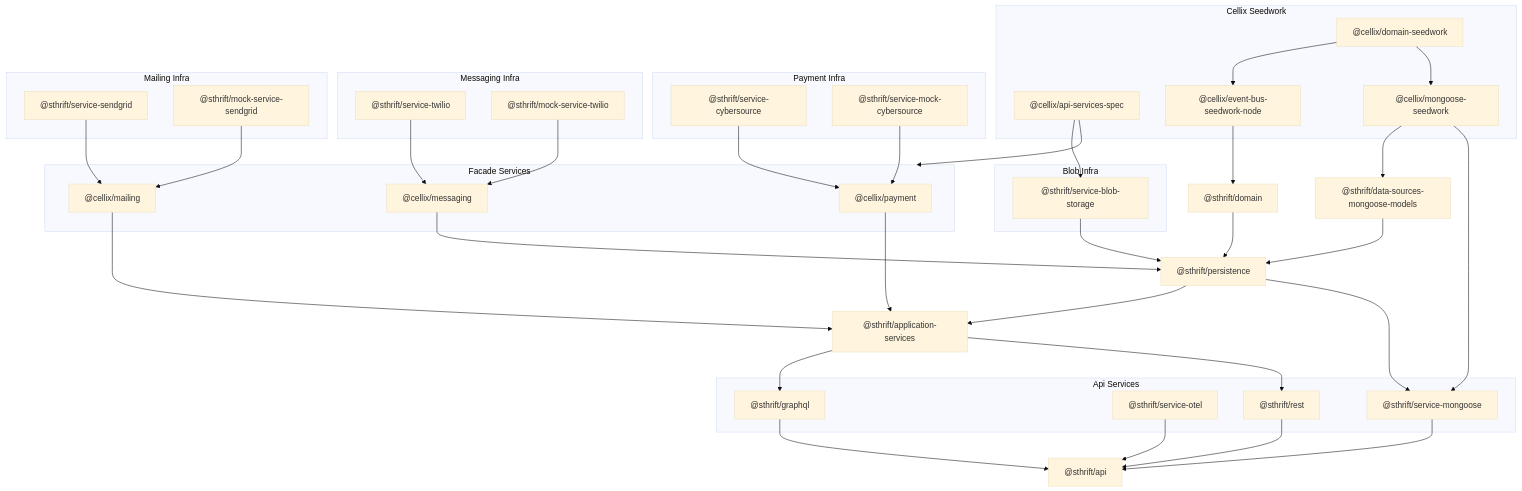
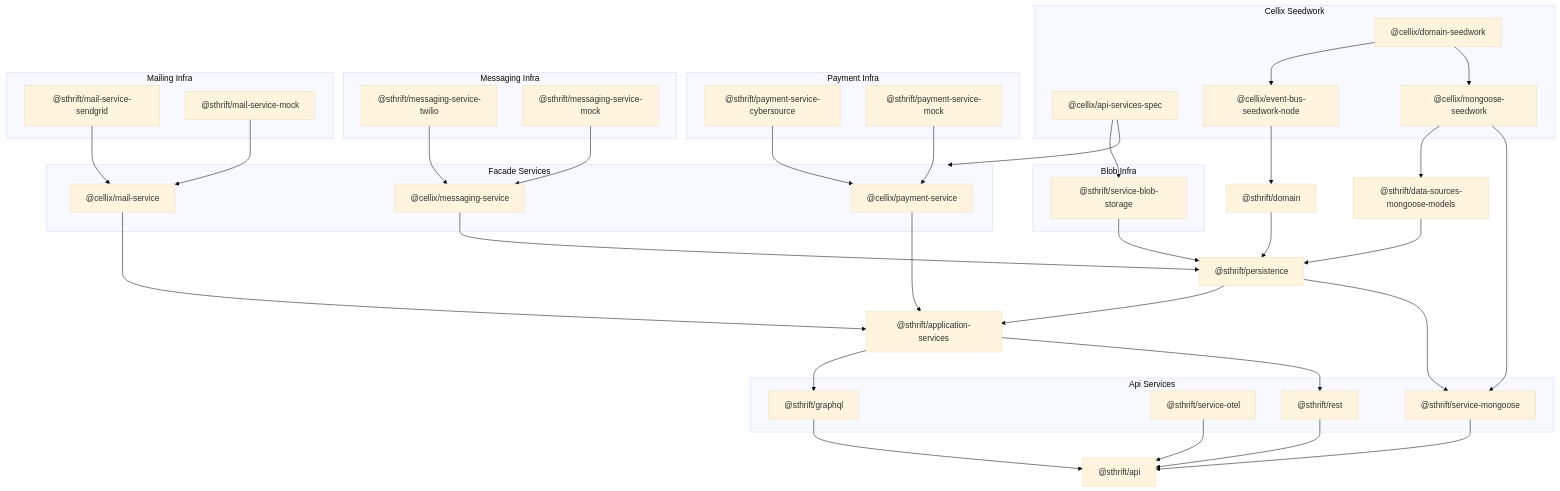
One commit to simnova/sharethrift changed the diagram in documents/architecture-diagram.md. Above: the diagram before and after it, drawn with Mermaid (base theme).

Commit message:
updates for naming

```diff
--- a/documents/architecture-diagram.md
+++ b/documents/architecture-diagram.md
@@ -11,30 +11,30 @@
   %% Infrastructure Services (split for clarity, spaced for linearity)
 
   subgraph Payment Infra
-    sthrft-service-cybersource["@sthrift/service-cybersource"]
-    sthrft-service-mock-cybersource["@sthrift/service-mock-cybersource"]
+    sthrft-service-cybersource["@sthrift/payment-service-cybersource"]
+    sthrft-service-mock-cybersource["@sthrift/payment-service-mock"]
   end
 
   %% vertical space
 
   subgraph Messaging Infra
-    sthrft-service-twilio["@sthrift/service-twilio"]
-    sthrft-mock-service-twilio["@sthrift/mock-service-twilio"]
+    sthrft-service-twilio["@sthrift/messaging-service-twilio"]
+    sthrft-mock-service-twilio["@sthrift/messaging-service-mock"]
   end
 
   %% vertical space
 
   subgraph Mailing Infra
-    sthrft-service-sendgrid["@sthrift/service-sendgrid"]
-    sthrft-mock-service-sendgrid["@sthrift/mock-service-sendgrid"]
+    sthrft-service-sendgrid["@sthrift/mail-service-sendgrid"]
+    sthrft-mock-service-sendgrid["@sthrift/mail-service-mock"]
   end
 
   %% extra vertical space
 
   subgraph FacadeServices["Facade Services"]
-    cellix-payment["@cellix/payment"]
-    cellix-messaging["@cellix/messaging"]
-    cellix-mailing["@cellix/mailing"]
+    cellix-payment["@cellix/payment-service"]
+    cellix-messaging["@cellix/messaging-service"]
+    cellix-mailing["@cellix/mail-service"]
   end
 
   %% Domain Layer
```
